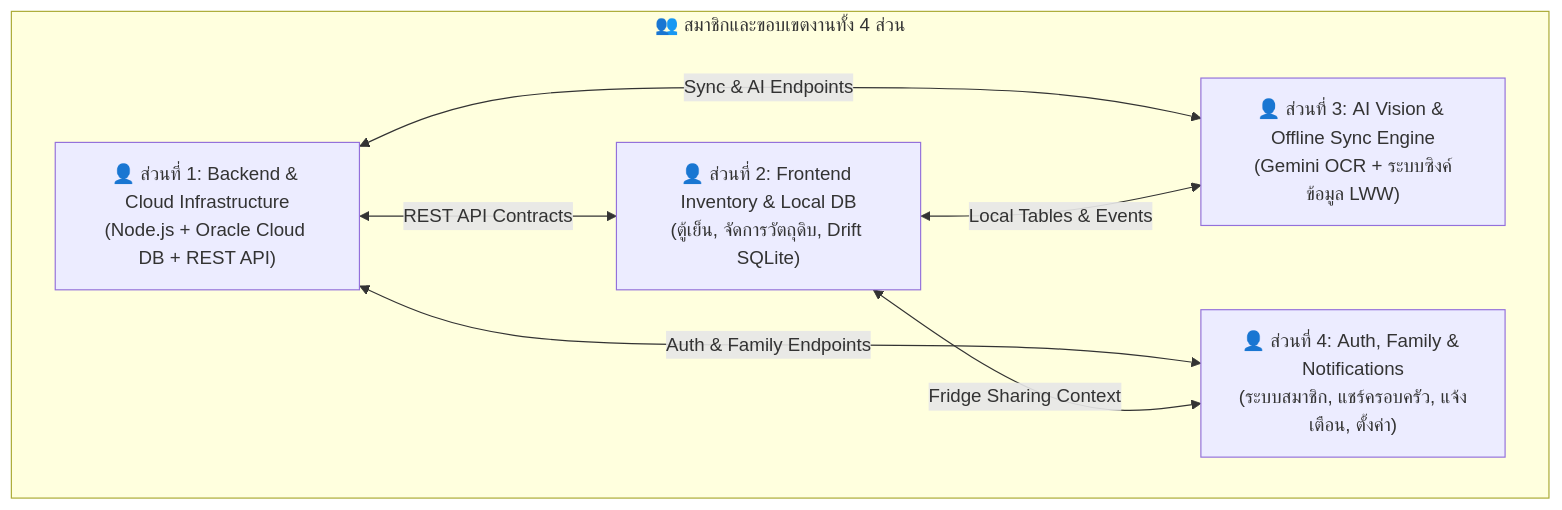
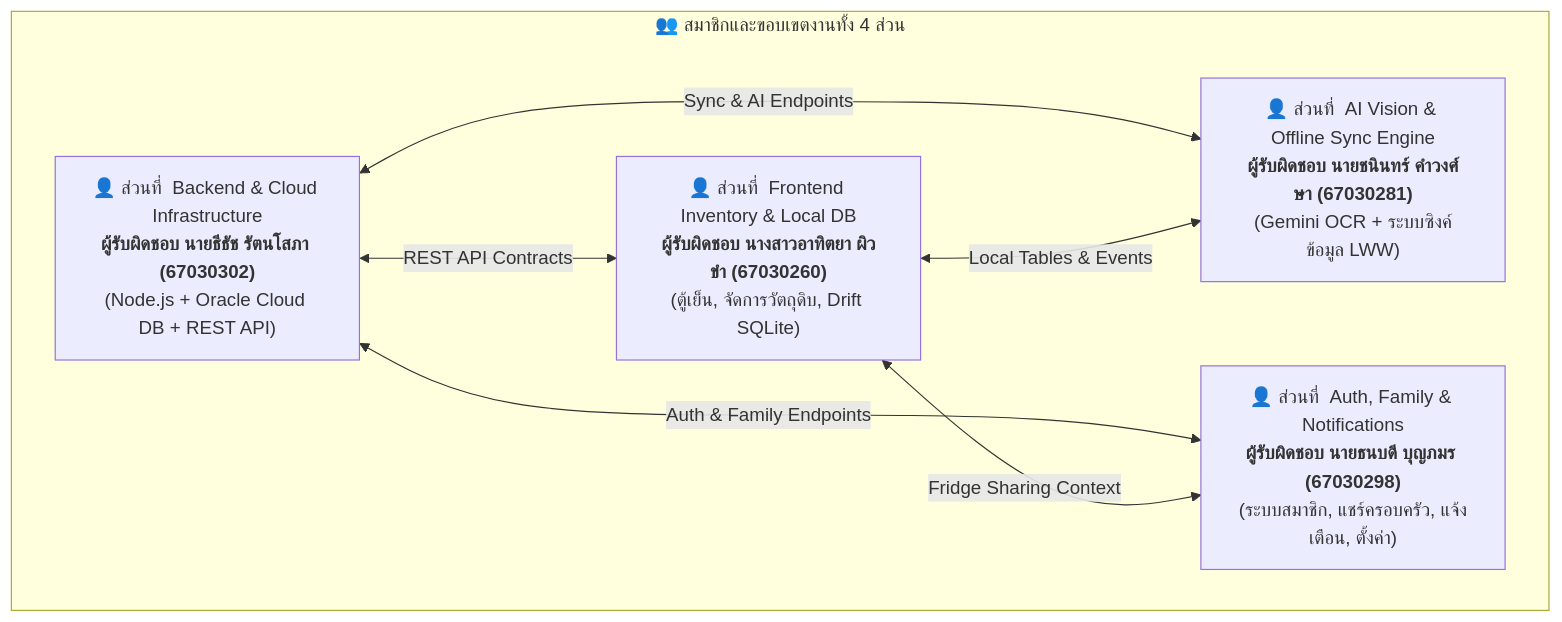
The diagram in docs/TASKS.md (Tanabordi/FM-EAA), drawn with Mermaid before and after one commit. The commit also changed other lines of this file and 2 other files, not shown here.

````diff
--- a/docs/TASKS.md
+++ b/docs/TASKS.md
@@ -9,15 +9,15 @@
 ```mermaid
 flowchart TD
     subgraph Team ["👥 สมาชิกและขอบเขตงานทั้ง 4 ส่วน"]
-        M1["👤 ส่วนที่ 1: Backend & Cloud Infrastructure<br/>(Node.js + Oracle Cloud DB + REST API)"]
-        M2["👤 ส่วนที่ 2: Frontend Inventory & Local DB<br/>(ตู้เย็น, จัดการวัตถุดิบ, Drift SQLite)"]
-        M3["👤 ส่วนที่ 3: AI Vision & Offline Sync Engine<br/>(Gemini OCR + ระบบซิงค์ข้อมูล LWW)"]
-        M4["👤 ส่วนที่ 4: Auth, Family & Notifications<br/>(ระบบสมาชิก, แชร์ครอบครัว, แจ้งเตือน, ตั้งค่า)"]
+        M1["👤 ส่วนที่  Backend & Cloud Infrastructure<br/><b>ผู้รับผิดชอบ นายธีธัช รัตนโสภา (67030302)</b><br/>(Node.js + Oracle Cloud DB + REST API)"]
+        M2["👤 ส่วนที่  Frontend Inventory & Local DB<br/><b>ผู้รับผิดชอบ นางสาวอาทิตยา ผิวขำ (67030260)</b><br/>(ตู้เย็น, จัดการวัตถุดิบ, Drift SQLite)"]
+        M3["👤 ส่วนที่  AI Vision & Offline Sync Engine<br/><b>ผู้รับผิดชอบ นายชนินทร์ คำวงศ์ษา (67030281)</b><br/>(Gemini OCR + ระบบซิงค์ข้อมูล LWW)"]
+        M4["👤 ส่วนที่  Auth, Family & Notifications<br/><b>ผู้รับผิดชอบ นายธนบดี บุญภมร (67030298)</b><br/>(ระบบสมาชิก, แชร์ครอบครัว, แจ้งเตือน, ตั้งค่า)"]
     end
 
     M1 <-->|"REST API Contracts"| M2
     M1 <-->|"Sync & AI Endpoints"| M3
     M1 <-->|"Auth & Family Endpoints"| M4
     M2 <-->|"Local Tables & Events"| M3
     M2 <-->|"Fridge Sharing Context"| M4
 ```
````
